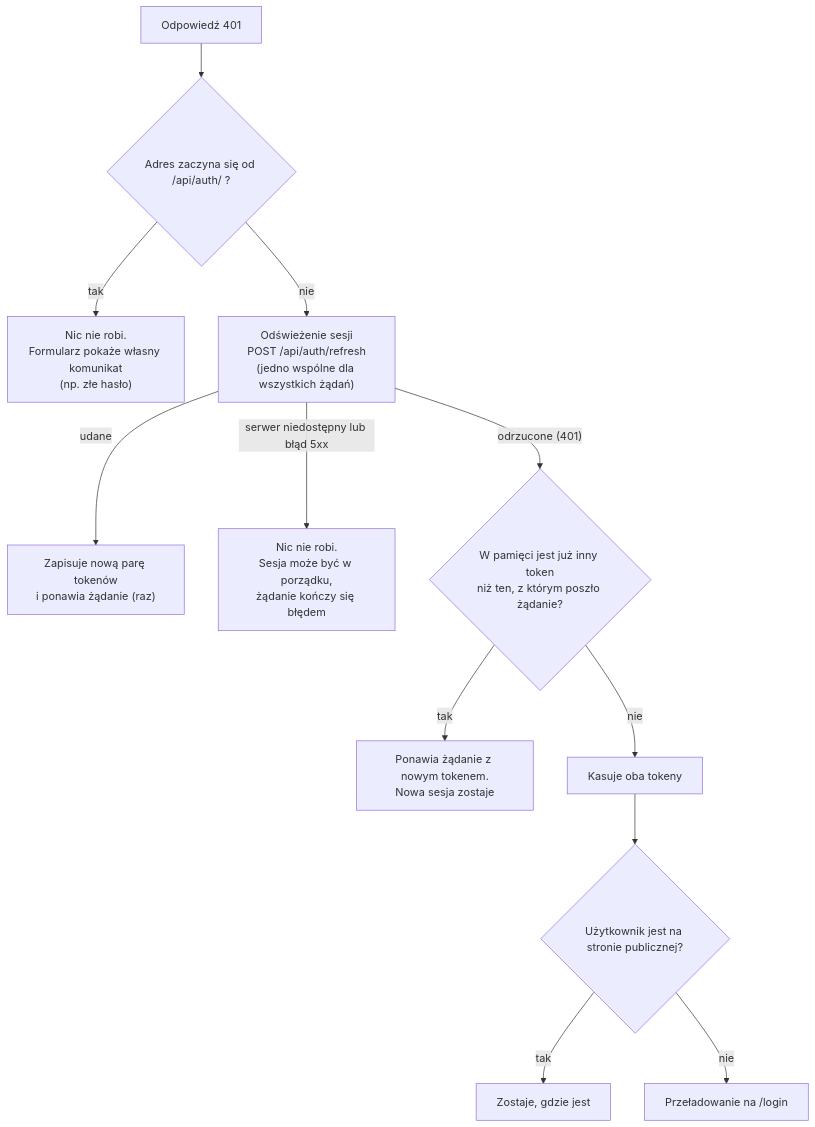
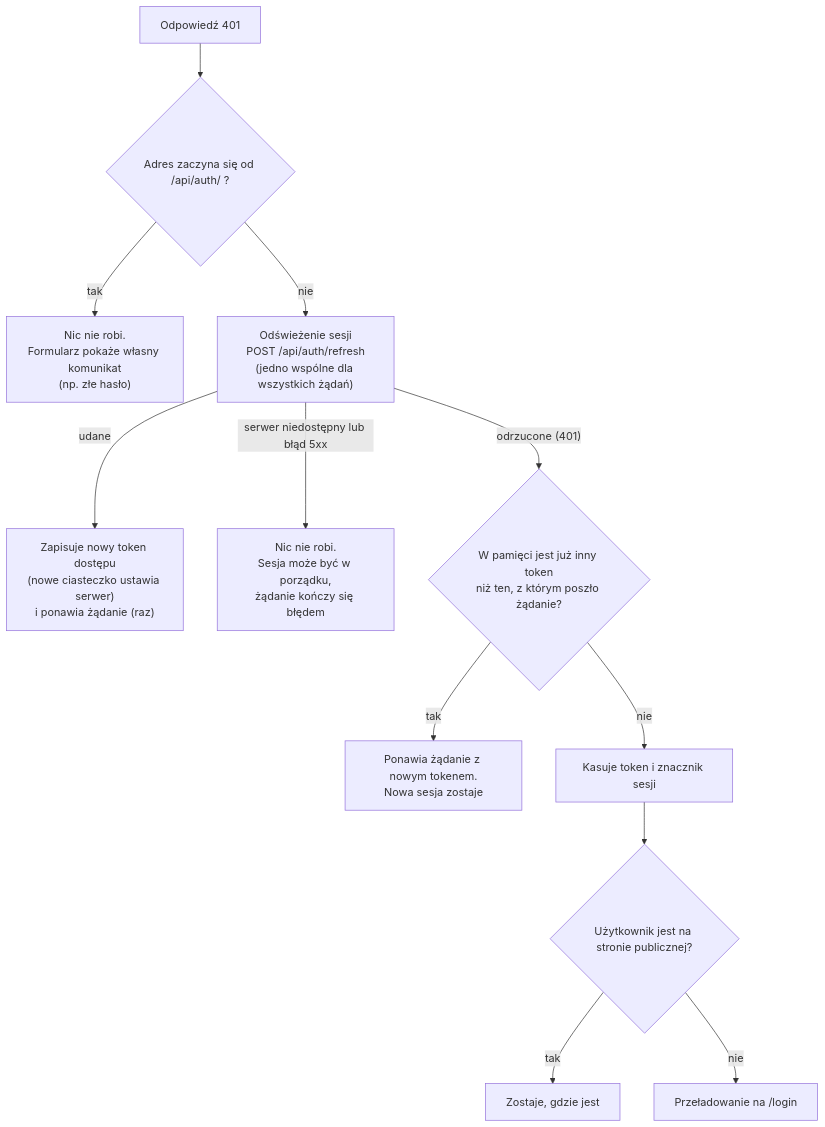
The first of 2 diagrams in docs/03-logowanie-i-sesja.md (YellowHand/tutlaw-frontend), drawn with Mermaid before and after one commit. The commit also changed other lines of this file and 18 other files, not shown here.

````diff
--- a/docs/03-logowanie-i-sesja.md
+++ b/docs/03-logowanie-i-sesja.md
@@ -48,14 +56,14 @@
 ```mermaid
 flowchart TD
     E["Odpowiedź 401"] --> A{"Adres zaczyna się od /api/auth/ ?"}
     A -- tak --> F["Nic nie robi.<br/>Formularz pokaże własny komunikat<br/>(np. złe hasło)"]
     A -- nie --> R["Odświeżenie sesji<br/>POST /api/auth/refresh<br/>(jedno wspólne dla wszystkich żądań)"]
-    R -- "udane" --> OK["Zapisuje nową parę tokenów<br/>i ponawia żądanie (raz)"]
+    R -- "udane" --> OK["Zapisuje nowy token dostępu<br/>(nowe ciasteczko ustawia serwer)<br/>i ponawia żądanie (raz)"]
     R -- "serwer niedostępny lub błąd 5xx" --> NE["Nic nie robi.<br/>Sesja może być w porządku,<br/>żądanie kończy się błędem"]
     R -- "odrzucone (401)" --> B{"W pamięci jest już inny token<br/>niż ten, z którym poszło żądanie?"}
     B -- tak --> G["Ponawia żądanie z nowym tokenem.<br/>Nowa sesja zostaje"]
-    B -- nie --> C["Kasuje oba tokeny"]
+    B -- nie --> C["Kasuje token i znacznik sesji"]
     C --> D{"Użytkownik jest na stronie publicznej?"}
     D -- tak --> H["Zostaje, gdzie jest"]
     D -- nie --> I["Przeładowanie na /login"]
 ```
````
